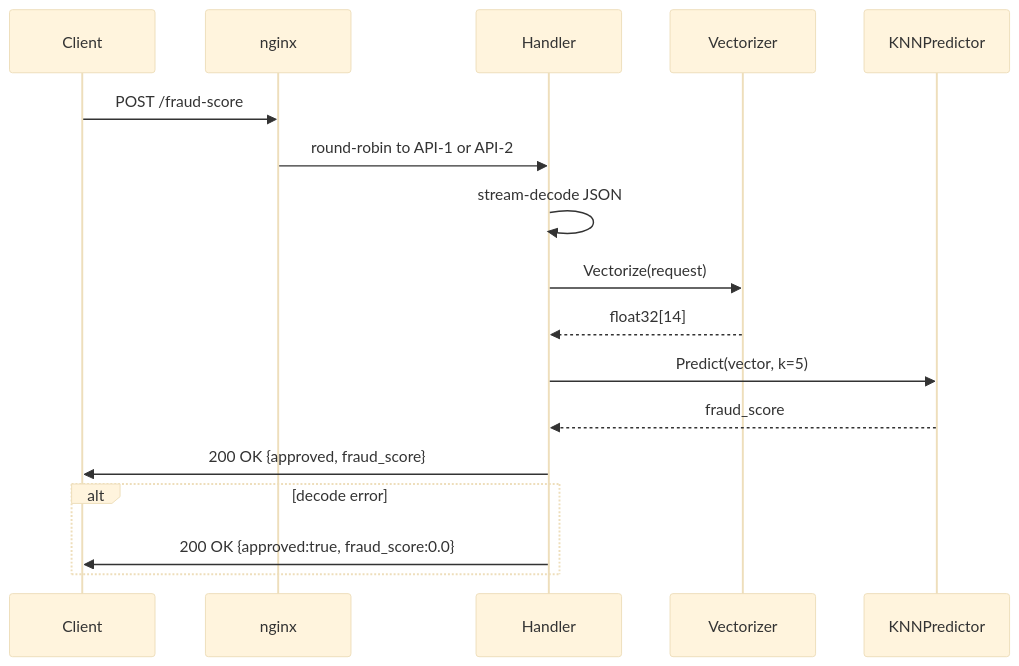
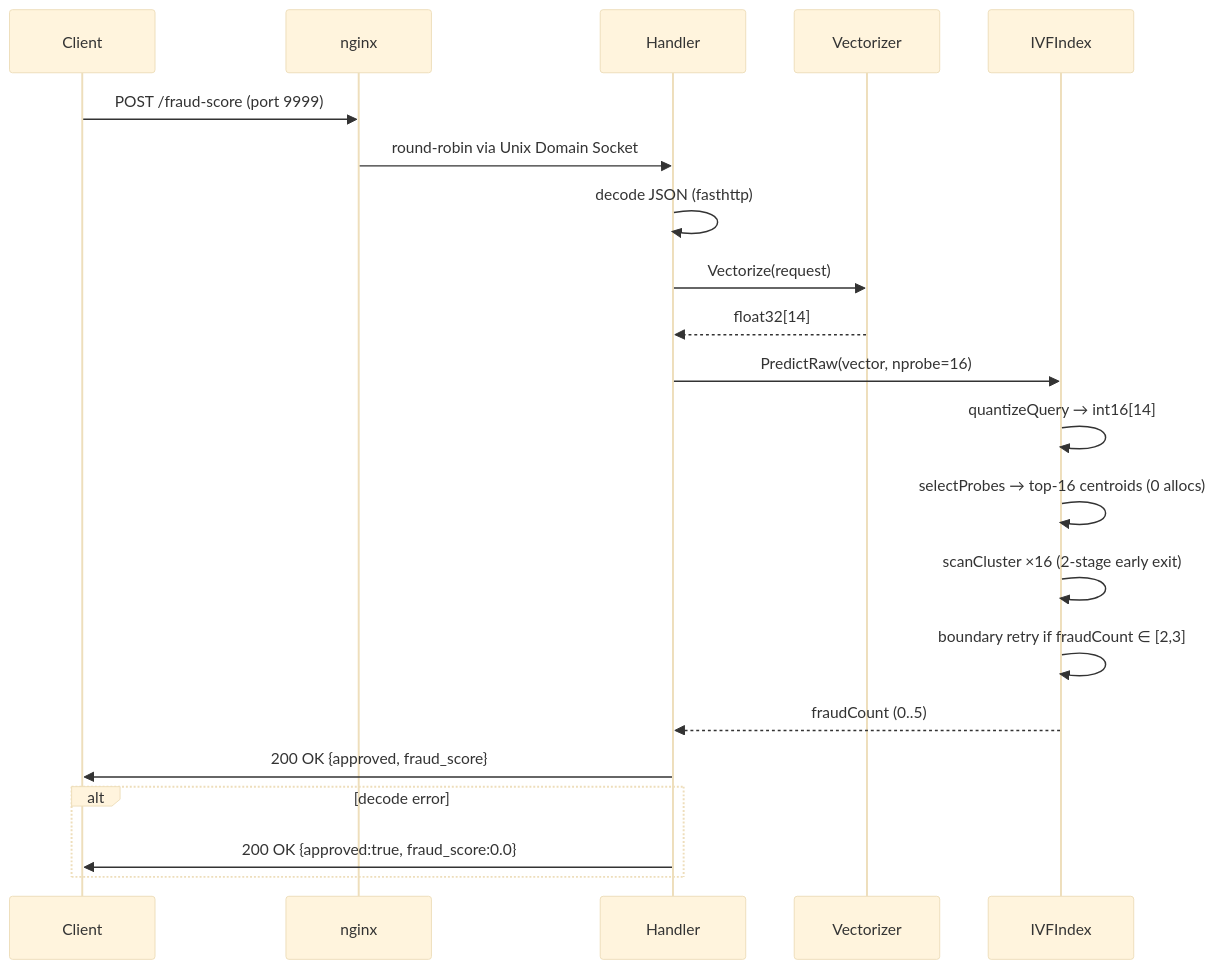
The first of 3 diagrams in docs/ARCHITECTURE.md (fabianoflorentino/fraudctl), drawn with Mermaid (base theme) before and after one commit. The commit also changed other lines of this file and 3 other files, not shown here.

Commit message:
docs: update README, ARCHITECTURE, EVALUATION for IVF v4 (nlist=4096, pure Go, 0 allocs, score 3949)

````diff
--- a/docs/ARCHITECTURE.md
+++ b/docs/ARCHITECTURE.md
@@ -5,21 +5,25 @@
 ```mermaid
 sequenceDiagram
     participant C as Client
     participant N as nginx
     participant H as Handler
     participant V as Vectorizer
-    participant K as KNNPredictor
+    participant K as IVFIndex
 
-    C->>N: POST /fraud-score
-    N->>H: round-robin to API-1 or API-2
-    H->>H: stream-decode JSON
+    C->>N: POST /fraud-score (port 9999)
+    N->>H: round-robin via Unix Domain Socket
+    H->>H: decode JSON (fasthttp)
     H->>V: Vectorize(request)
     V-->>H: float32[14]
-    H->>K: Predict(vector, k=5)
-    K-->>H: fraud_score
+    H->>K: PredictRaw(vector, nprobe=16)
+    K->>K: quantizeQuery → int16[14]
+    K->>K: selectProbes → top-16 centroids (0 allocs)
+    K->>K: scanCluster ×16 (2-stage early exit)
+    K->>K: boundary retry if fraudCount ∈ [2,3]
+    K-->>H: fraudCount (0..5)
     H->>C: 200 OK {approved, fraud_score}
 
     alt decode error
         H->>C: 200 OK {approved:true, fraud_score:0.0}
     end
 ```
````
